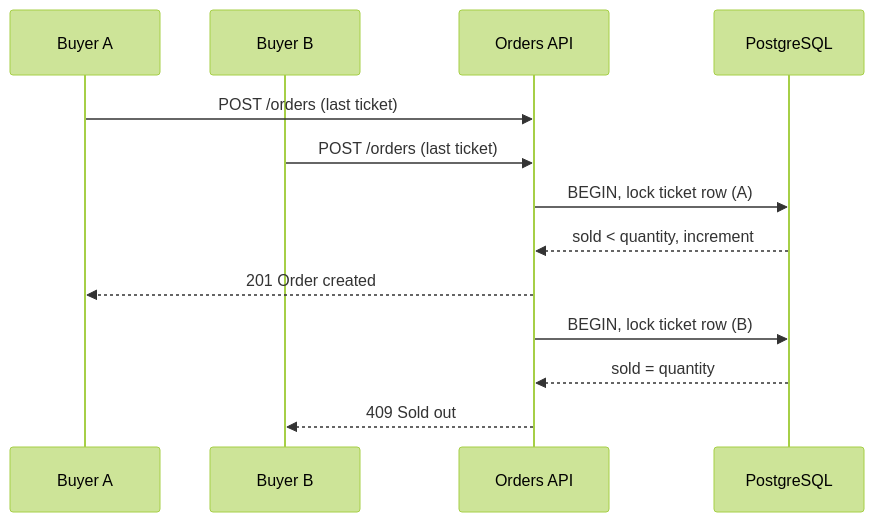
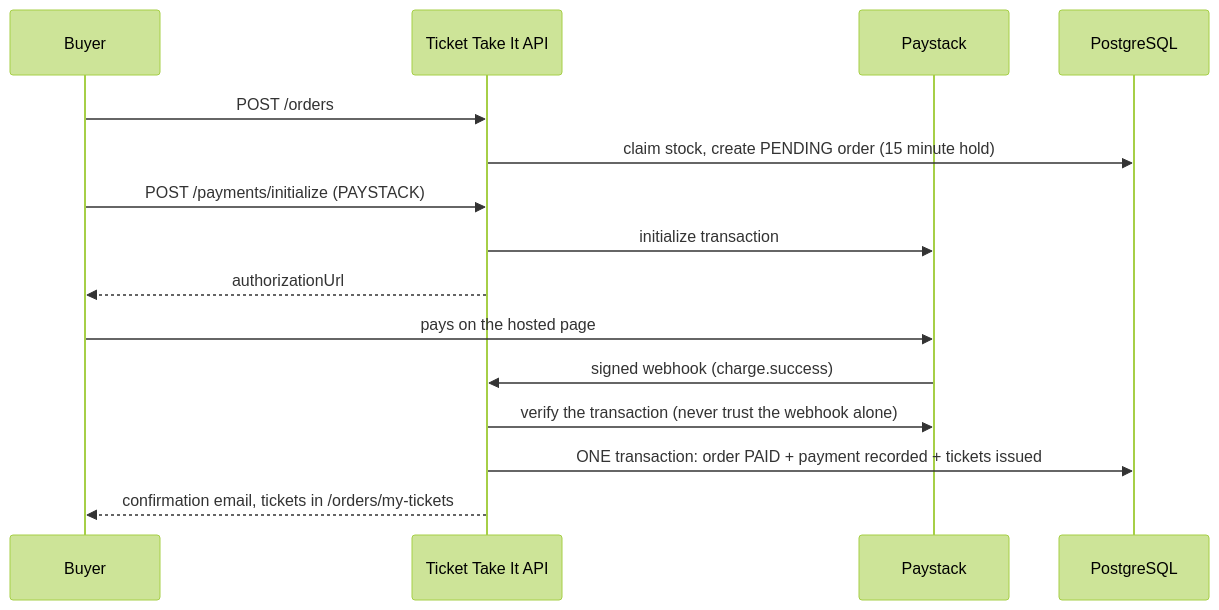
Before and after one commit to Enos2/ticket-take-it: the diagram in README.md, drawn with Mermaid (forest theme). The commit also changed other lines of this file and 26 other files, not shown here.

First line of the commit message:
feat(tests): add comprehensive test suite for orders, payments, and refunds

````diff
--- a/README.md
+++ b/README.md
@@ -56,16 +80,18 @@
 ```mermaid
 sequenceDiagram
-    participant A as Buyer A
-    participant B as Buyer B
-    participant API as Orders API
+    participant B as Buyer
+    participant API as Ticket Take It API
+    participant P as Paystack
     participant DB as PostgreSQL
 
-    A->>API: POST /orders (last ticket)
-    B->>API: POST /orders (last ticket)
-    API->>DB: BEGIN, lock ticket row (A)
-    DB-->>API: sold < quantity, increment
-    API-->>A: 201 Order created
-    API->>DB: BEGIN, lock ticket row (B)
-    DB-->>API: sold = quantity
-    API-->>B: 409 Sold out
+    B->>API: POST /orders
+    API->>DB: claim stock, create PENDING order (15 minute hold)
+    B->>API: POST /payments/initialize (PAYSTACK)
+    API->>P: initialize transaction
+    API-->>B: authorizationUrl
+    B->>P: pays on the hosted page
+    P->>API: signed webhook (charge.success)
+    API->>P: verify the transaction (never trust the webhook alone)
+    API->>DB: ONE transaction: order PAID + payment recorded + tickets issued
+    API-->>B: confirmation email, tickets in /orders/my-tickets
 ```
````
